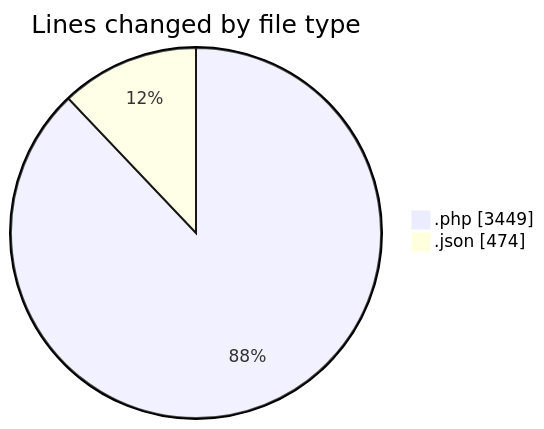
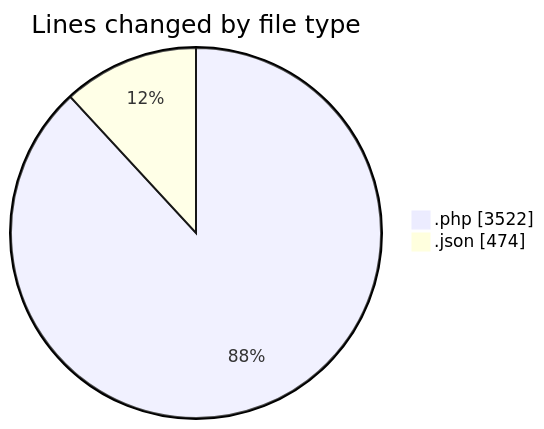
One commit to idhammustaqopulfikri/code-tracking changed the first of 2 diagrams in 2025-06-22/studio-backend/README.md. Above: the diagram before and after it, drawn with Mermaid. The commit also changed other lines of this file and 1 other file, not shown here.

````diff
--- a/2025-06-22/studio-backend/README.md
+++ b/2025-06-22/studio-backend/README.md
@@ -30,6 +30,6 @@
 ```mermaid
 pie showData
 title Lines changed by file type
-".php" : 3449
+".php" : 3522
 ".json" : 474
 ```
````
